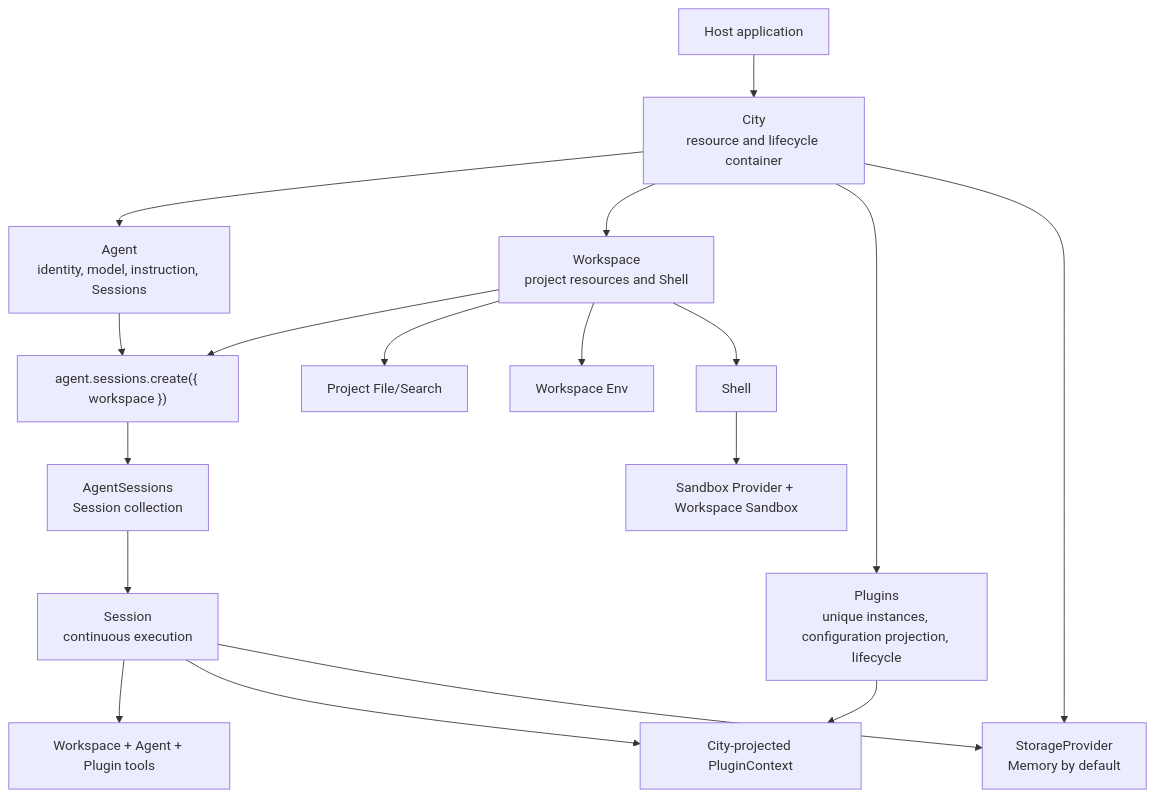
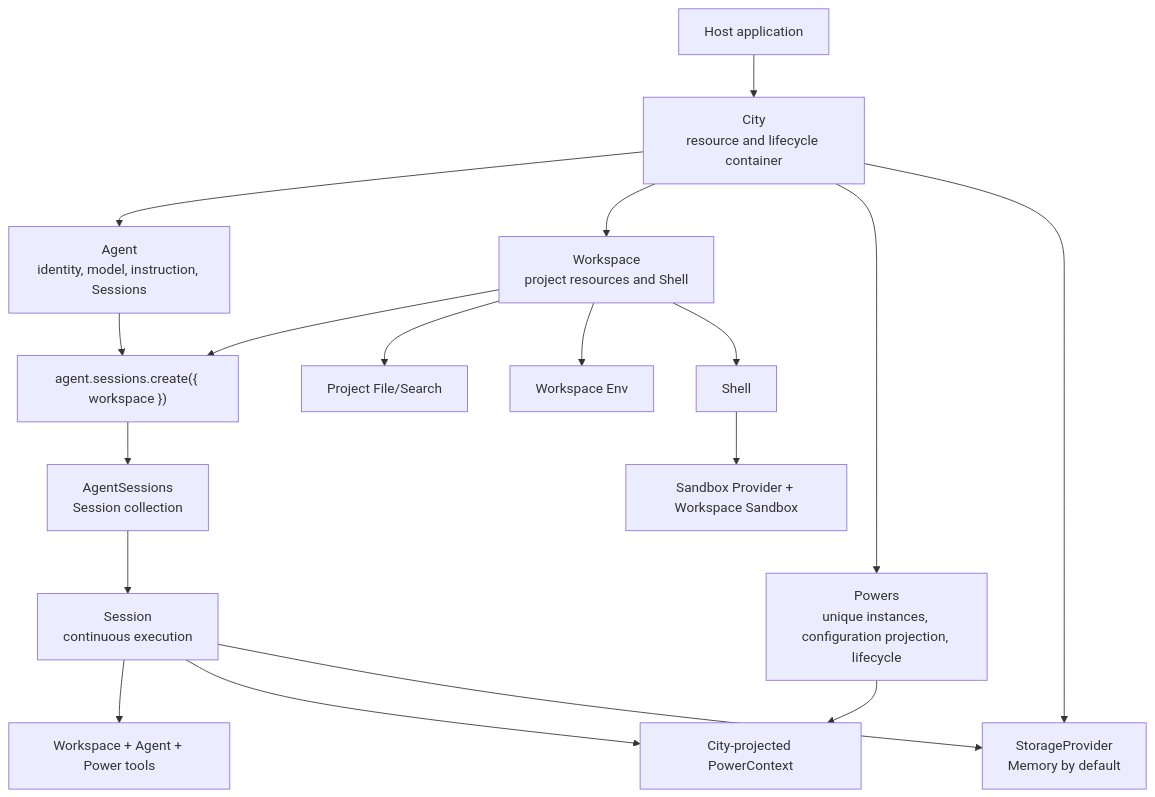
One commit to genesiscosmos/downcity changed the first of 2 diagrams in homepage/content/docs/en/agent/sdk-architecture.mdx. Above: the diagram before and after it, drawn with Mermaid. The commit also changed other lines of this file and 697 other files, not shown here.

First line of the commit message:
refactor(power): Plugin 词汇与文档路径全面收敛为 Power

````diff
--- a/homepage/content/docs/en/agent/sdk-architecture.mdx
+++ b/homepage/content/docs/en/agent/sdk-architecture.mdx
@@ -28,20 +28,20 @@
 ```mermaid
 flowchart TD
     Host["Host application"] --> City["City<br/>resource and lifecycle container"]
     City --> Agent["Agent<br/>identity, model, instruction, Sessions"]
     City --> Workspace["Workspace<br/>project resources and Shell"]
-    City --> Plugins["Plugins<br/>unique instances, configuration projection, lifecycle"]
+    City --> Powers["Powers<br/>unique instances, configuration projection, lifecycle"]
     Agent --> Enter["agent.sessions.create({ workspace })"]
     Workspace --> Enter
     Enter --> Sessions["AgentSessions<br/>Session collection"]
     Sessions --> Session["Session<br/>continuous execution"]
-    Session --> Tools["Workspace + Agent + Plugin tools"]
-    Session --> Context["City-projected PluginContext"]
-    Plugins --> Context
+    Session --> Tools["Workspace + Agent + Power tools"]
+    Session --> Context["City-projected PowerContext"]
+    Powers --> Context
     City --> Storage["StorageProvider<br/>Memory by default"]
     Session --> Storage
     Workspace --> Files["Project File/Search"]
     Workspace --> Env["Workspace Env"]
     Workspace --> Shell["Shell"]
     Shell --> Sandbox["Sandbox Provider + Workspace Sandbox"]
 ```
````
